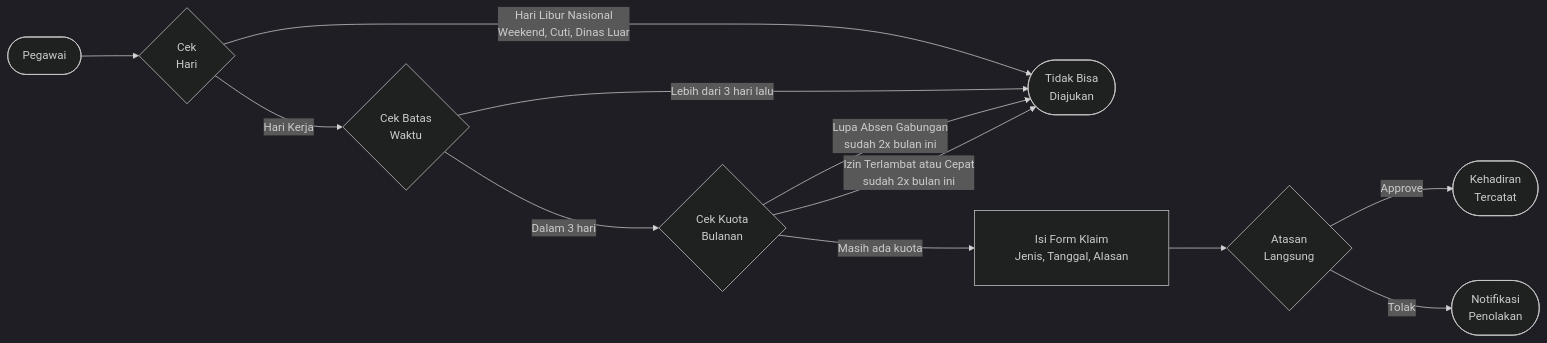
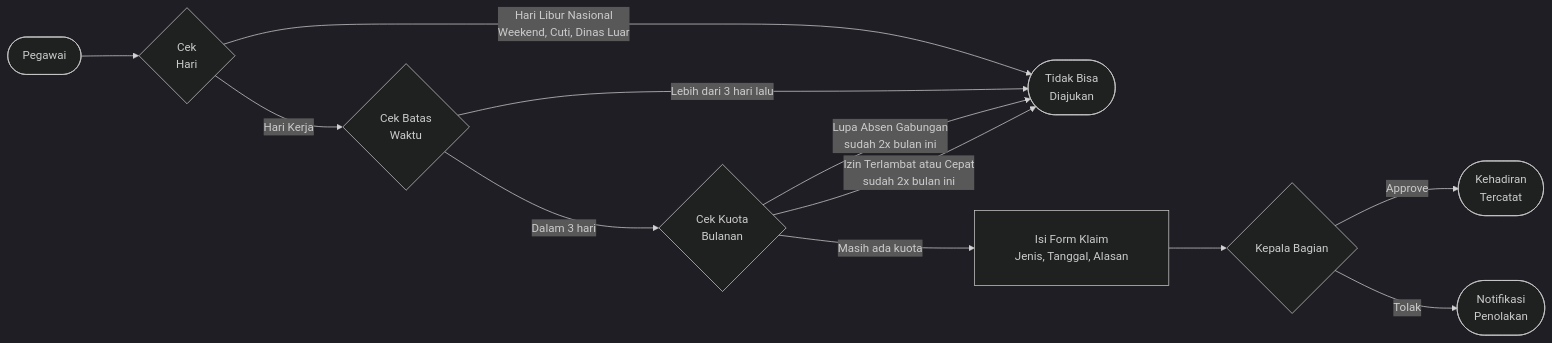
One commit to Diyoncrz18/simpeg-diagram-lldikti changed the fourth of 10 diagrams in SIMPEG-v0.4-diagrams-extracted/SIMPEG-v0.4-diagrams.md. Above: the diagram before and after it, drawn with Mermaid. The commit also changed other lines of this file and 27 other files, not shown here.

````diff
--- a/SIMPEG-v0.4-diagrams-extracted/SIMPEG-v0.4-diagrams.md
+++ b/SIMPEG-v0.4-diagrams-extracted/SIMPEG-v0.4-diagrams.md
@@ -86,15 +86,15 @@
 ```mermaid
 %%{init:{"flowchart":{"nodeSpacing":90,"rankSpacing":80,"padding":28},"theme":"dark"}}%%
 flowchart LR
     PG([Pegawai]) --> CK1{Cek\nHari}
     CK1 -->|"Hari Libur Nasional\nWeekend, Cuti, Dinas Luar"| BLOK(["Tidak Bisa\nDiajukan"])
     CK1 -->|"Hari Kerja"| CK2{Cek Batas\nWaktu}
     CK2 -->|"Lebih dari 3 hari lalu"| BLOK
     CK2 -->|"Dalam 3 hari"| CK3{Cek Kuota\nBulanan}
     CK3 -->|"Lupa Absen Gabungan\nsudah 2x bulan ini"| BLOK
     CK3 -->|"Izin Terlambat atau Cepat\nsudah 2x bulan ini"| BLOK
     CK3 -->|"Masih ada kuota"| FORM["Isi Form Klaim\nJenis, Tanggal, Alasan"]
-    FORM --> APV{Atasan\nLangsung}
+    FORM --> APV{Kepala Bagian}
     APV -->|"Approve"| OK(["Kehadiran\nTercatat"])
     APV -->|"Tolak"| NOK(["Notifikasi\nPenolakan"])
 ```
````
